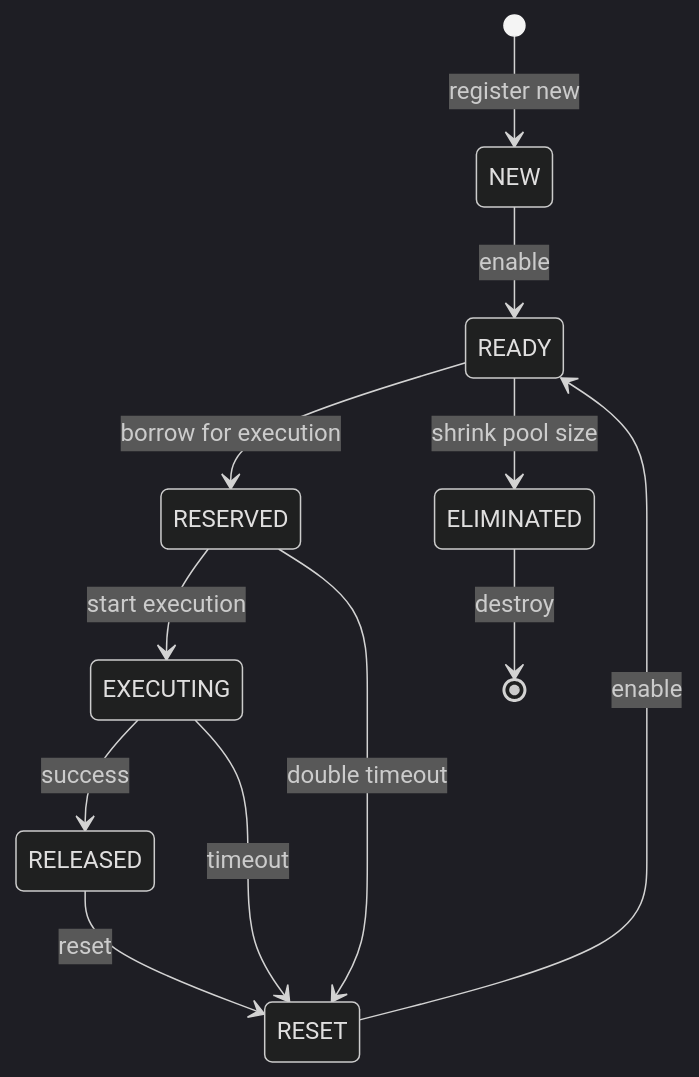
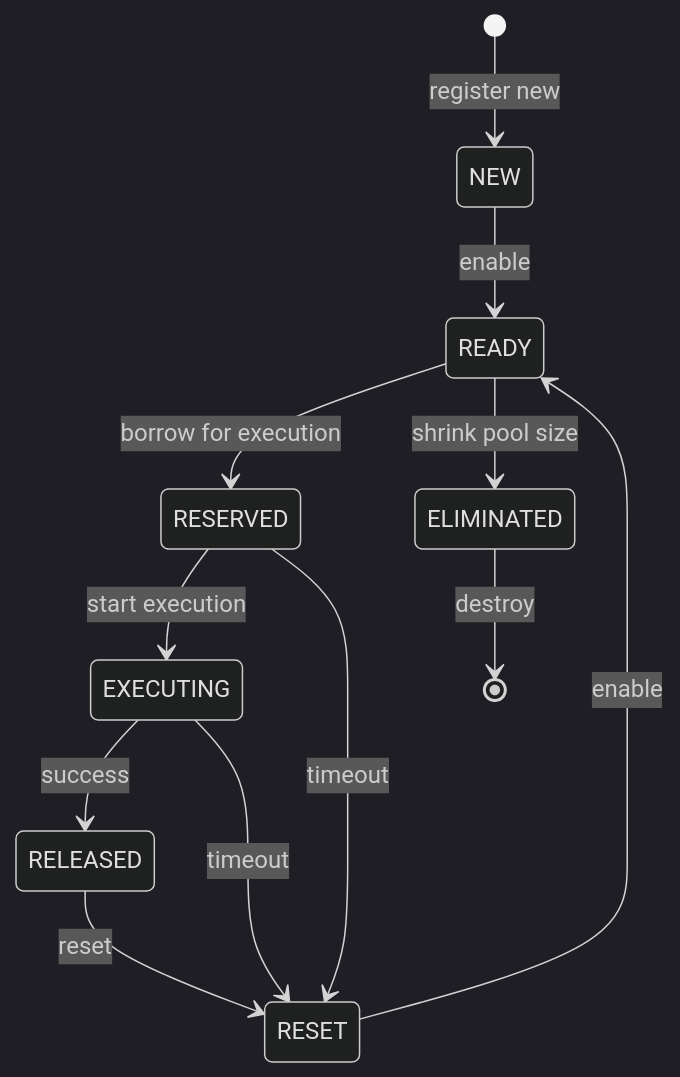
Before and after one commit to mchechulnikov/eucalypt: the fifth of 6 diagrams in README.md, drawn with Mermaid (dark theme).

````diff
--- a/README.md
+++ b/README.md
@@ -300,23 +300,23 @@
 ``` mermaid
 stateDiagram-v2
     %% creating
     [*] --> NEW: register new
     NEW --> READY: enable
 
     %% execution
     READY --> RESERVED: borrow for execution
     RESERVED --> EXECUTING: start execution
     EXECUTING --> RELEASED: success
     RELEASED --> RESET: reset 
 
     %% execution not started or starvation
-    RESERVED --> RESET: double timeout
+    RESERVED --> RESET: timeout
     EXECUTING --> RESET: timeout
     
     %% reset
     RESET --> READY: enable
 
     %% elimination
     READY --> ELIMINATED: shrink pool size
     ELIMINATED --> [*]: destroy
 ```
````
